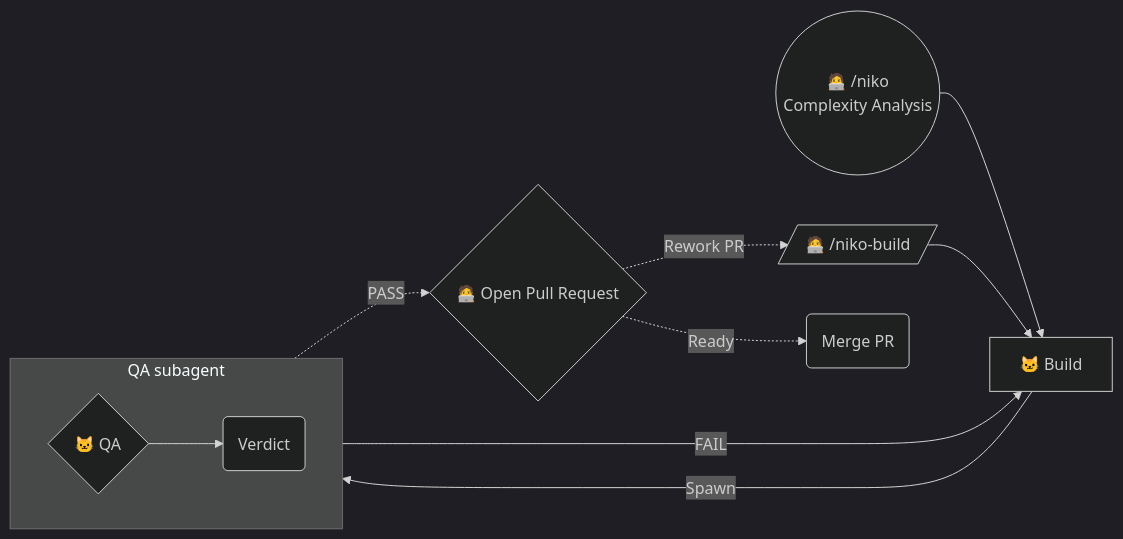
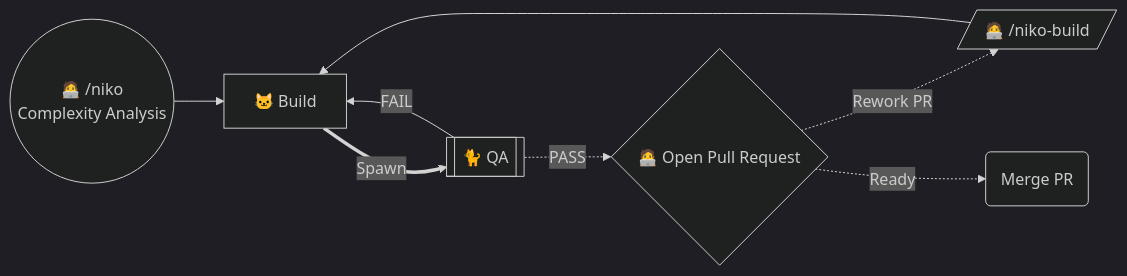
The third of 6 diagrams in rulesets/niko/README.md (Texarkanine/.cursor-rules), drawn with Mermaid (dark theme) before and after one commit. The commit also changed other lines of this file and 21 other files, not shown here.

Commit message:
fix(niko): readable Spawn charts via Mermaid subprocess encoding (#109)

````diff
--- a/rulesets/niko/README.md
+++ b/rulesets/niko/README.md
@@ -157,20 +141,16 @@
 ```mermaid
 graph LR
 	Start(("🧑‍💻 /niko<br>Complexity Analysis")) --> NikoBuild["🐱 Build"]
-	NikoBuild --Spawn--> NikoQA
-	subgraph QASubagent["QA subagent"]
-		direction LR
-		NikoQA{"🐱 QA"} --> QAVerdict("Verdict")
-	end
-	QAVerdict -->|"FAIL"| NikoBuild
+	NikoBuild ==Spawn==> NikoQA[["🐈 QA"]]
+	NikoQA -->|"FAIL"| NikoBuild
 
 	ManBuild[/"🧑‍💻 /niko-build"/]
 
 	PR{"🧑‍💻 Open Pull Request"}
 	PR -."Rework PR".-> ManBuild
 
-	QAVerdict -.->|"PASS"| PR
+	NikoQA -.->|"PASS"| PR
 
 	ManBuild --> NikoBuild
 	PR -."Ready".-> MergePR("Merge PR")
 ```
````
